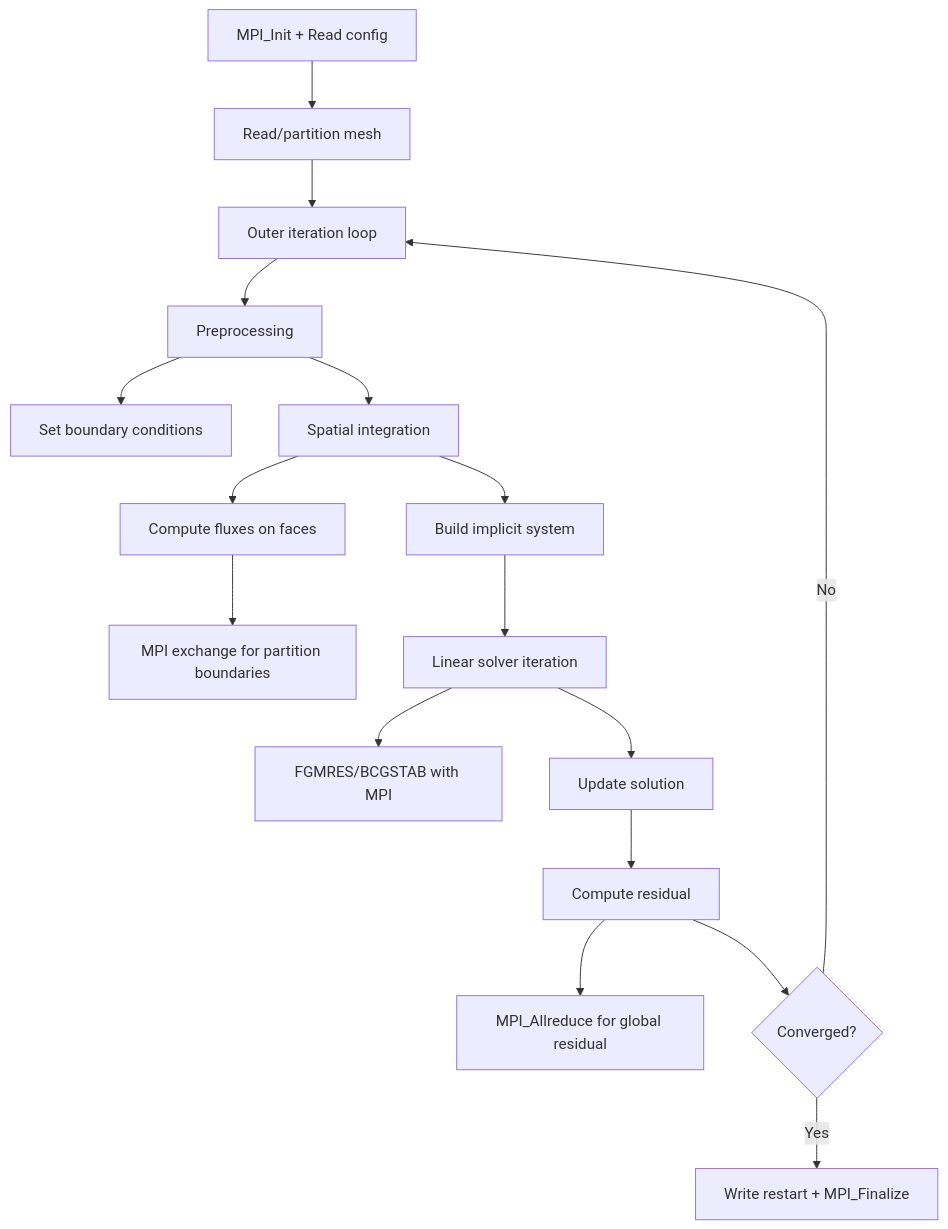
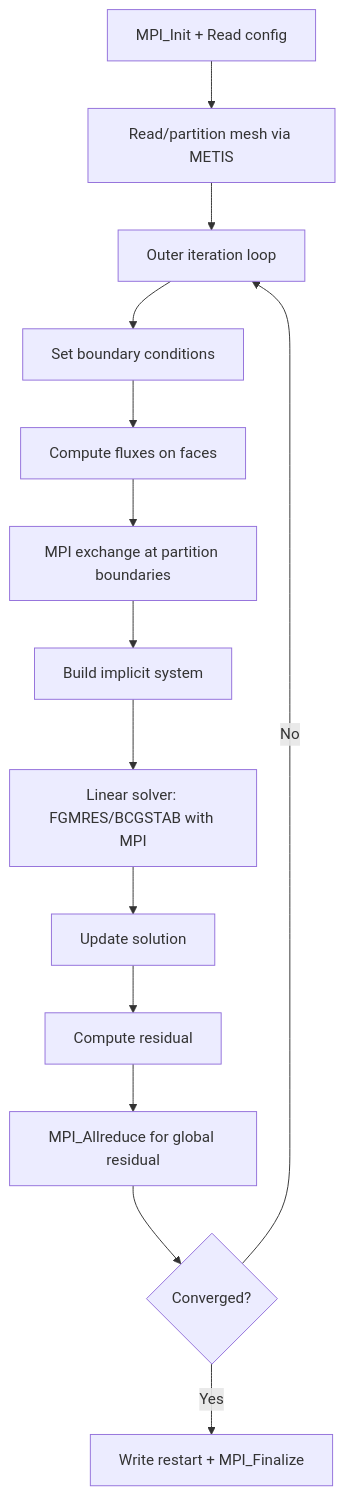
One commit to ngduchai/guard-agent changed the diagram in tests/apps/docs/SU2/computation_flow.md. Above: the diagram before and after it, drawn with Mermaid. The commit also changed other lines of this file and 19 other files, not shown here.

First line of the commit message:
docs: fix all computation flow diagrams and add output comparison guide

````diff
--- a/tests/apps/docs/SU2/computation_flow.md
+++ b/tests/apps/docs/SU2/computation_flow.md
@@ -7,19 +8,16 @@
 ```mermaid
 flowchart TD
-    A[MPI_Init + Read config] --> B[Read/partition mesh]
+    A[MPI_Init + Read config] --> B[Read/partition mesh via METIS]
     B --> C[Outer iteration loop]
-    C --> D[Preprocessing]
-    D --> D1[Set boundary conditions]
-    D --> E[Spatial integration]
-    E --> E1[Compute fluxes on faces]
-    E1 --> E2[MPI exchange for partition boundaries]
-    E --> F[Build implicit system]
-    F --> G[Linear solver iteration]
-    G --> G1[FGMRES/BCGSTAB with MPI]
+    C --> D[Set boundary conditions]
+    D --> E[Compute fluxes on faces]
+    E --> E2["MPI exchange at partition boundaries"]
+    E2 --> F[Build implicit system]
+    F --> G["Linear solver: FGMRES/BCGSTAB with MPI"]
     G --> H[Update solution]
-    H --> I[Compute residual]
-    I --> I1[MPI_Allreduce for global residual]
-    I --> J{Converged?}
+    H --> I["Compute residual"]
+    I --> I1["MPI_Allreduce for global residual"]
+    I1 --> J{Converged?}
     J -->|No| C
     J -->|Yes| K[Write restart + MPI_Finalize]
 ```
````
